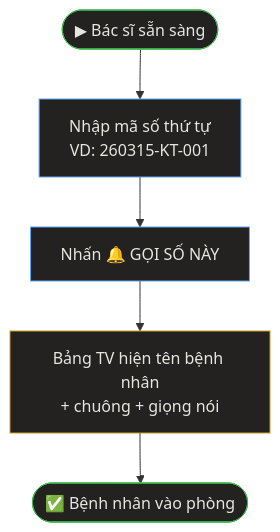
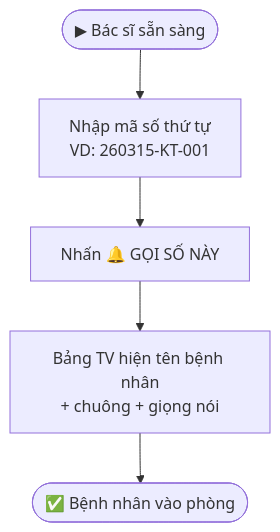
One commit to relukdev/PhuSanAnSinh changed the diagram in src/pages/huong-dan/cong-cu-noi-bo.md. Above: the diagram before and after it, drawn with Mermaid. The commit also changed 6 other files, not shown here.

Commit message:
fix(mermaid): remove dark inline styles from all diagrams, use default theme

````diff
--- a/src/pages/huong-dan/cong-cu-noi-bo.md
+++ b/src/pages/huong-dan/cong-cu-noi-bo.md
@@ -83,13 +83,7 @@
 ```mermaid
 graph TB
-    style S fill:#232221,stroke:#3fb950,color:#E8E5DF
-    style A fill:#232221,stroke:#60A5FA,color:#E8E5DF
-    style B fill:#232221,stroke:#60A5FA,color:#E8E5DF
-    style C fill:#232221,stroke:#d29922,color:#E8E5DF
-    style D fill:#232221,stroke:#3fb950,color:#E8E5DF
-
     S(["▶ Bác sĩ sẵn sàng"]) --> A["Nhập mã số thứ tự<br/>VD: 260315-KT-001"]
     A --> B["Nhấn 🔔 GỌI SỐ NÀY"]
     B --> C["Bảng TV hiện tên bệnh nhân<br/>+ chuông + giọng nói"]
     C --> D(["✅ Bệnh nhân vào phòng"])
 ```
````
